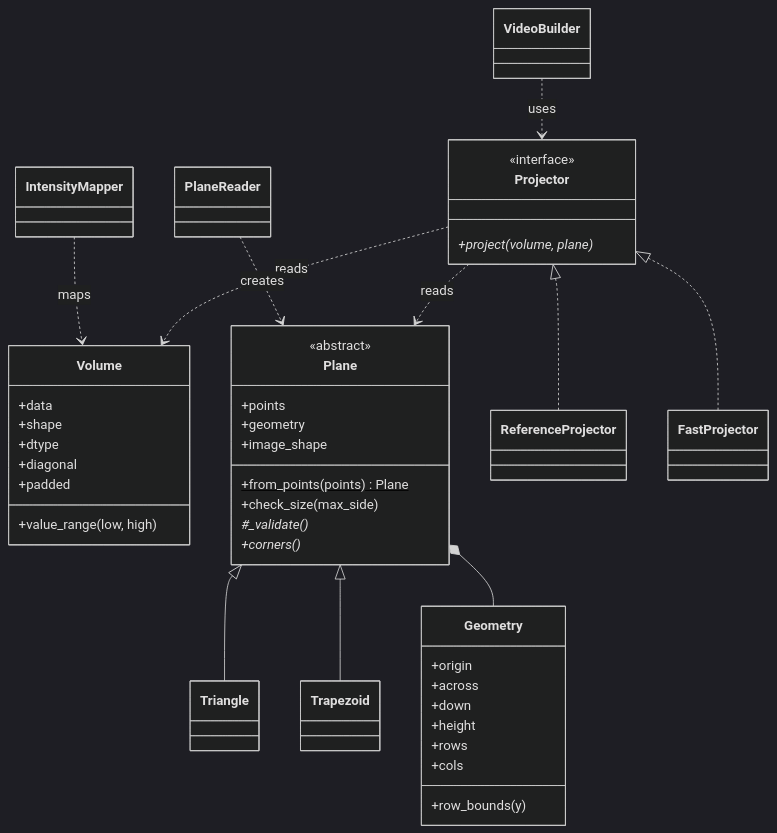
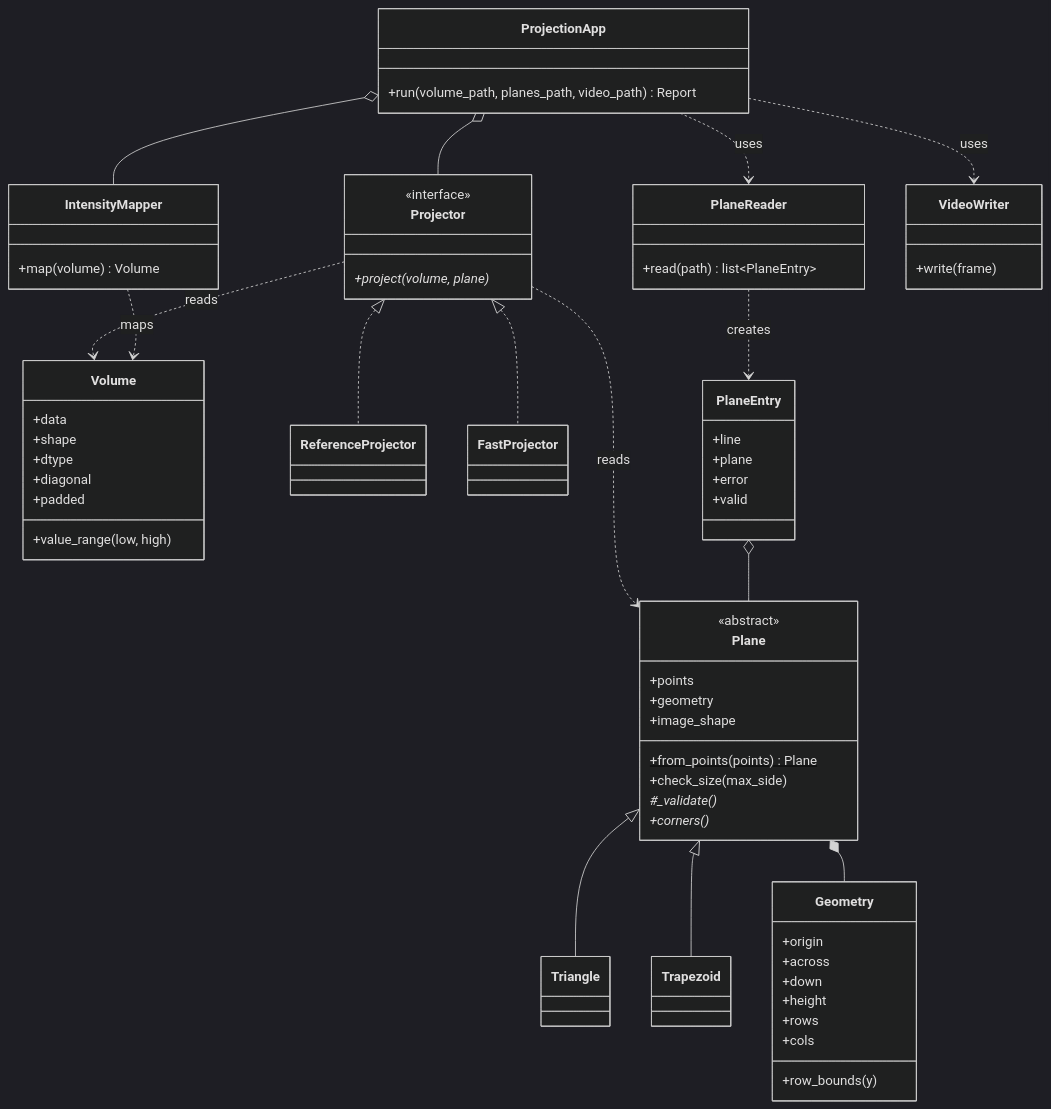
The diagram in docs/DESIGN.md (razmaliah/I2SE_Ex1), drawn with Mermaid (dark theme) before and after one commit. The commit also changed other lines of this file and 4 other files, not shown here.

````diff
--- a/docs/DESIGN.md
+++ b/docs/DESIGN.md
@@ -8,52 +8,71 @@
 ```mermaid
 classDiagram
     class Volume {
         +data
         +shape
         +dtype
         +diagonal
         +padded
         +value_range(low, high)
     }
     class Plane {
         <<abstract>>
         +from_points(points)$ Plane
         +points
         +geometry
         +image_shape
         +check_size(max_side)
         #_validate()*
         +corners()*
     }
     class Triangle
     class Trapezoid
     class Geometry {
         +origin
         +across
         +down
         +height
         +rows
         +cols
         +row_bounds(y)
     }
     class Projector {
         <<interface>>
         +project(volume, plane)*
     }
     class ReferenceProjector
     class FastProjector
-    class PlaneReader
-    class IntensityMapper
-    class VideoBuilder
+    class PlaneReader {
+        +read(path) list~PlaneEntry~
+    }
+    class PlaneEntry {
+        +line
+        +plane
+        +error
+        +valid
+    }
+    class IntensityMapper {
+        +map(volume) Volume
+    }
+    class VideoWriter {
+        +write(frame)
+    }
+    class ProjectionApp {
+        +run(volume_path, planes_path, video_path) Report
+    }
 
     Plane <|-- Triangle
     Plane <|-- Trapezoid
     Plane *-- Geometry
     Projector <|.. ReferenceProjector
     Projector <|.. FastProjector
     Projector ..> Volume : reads
     Projector ..> Plane : reads
-    PlaneReader ..> Plane : creates
+    PlaneReader ..> PlaneEntry : creates
+    PlaneEntry o-- Plane
     IntensityMapper ..> Volume : maps
-    VideoBuilder ..> Projector : uses
+    ProjectionApp o-- Projector
+    ProjectionApp o-- IntensityMapper
+    ProjectionApp ..> PlaneReader : uses
+    ProjectionApp ..> VideoWriter : uses
 ```
````
